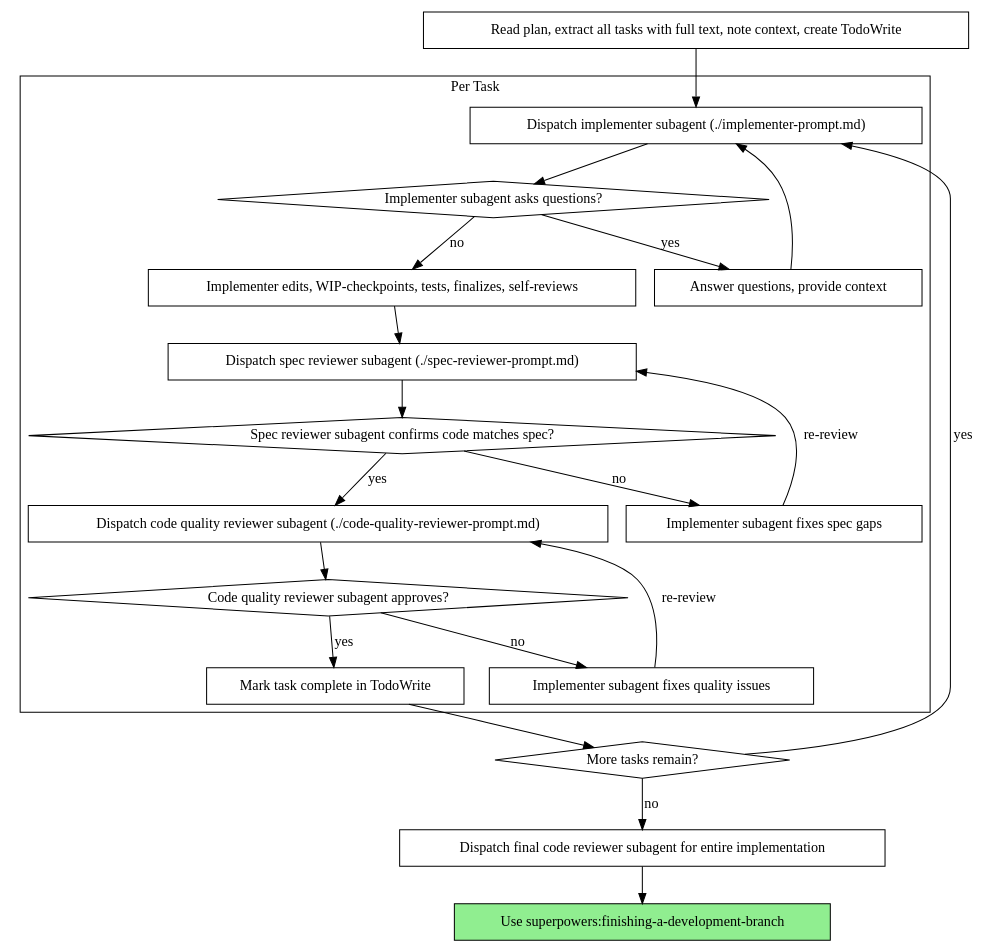
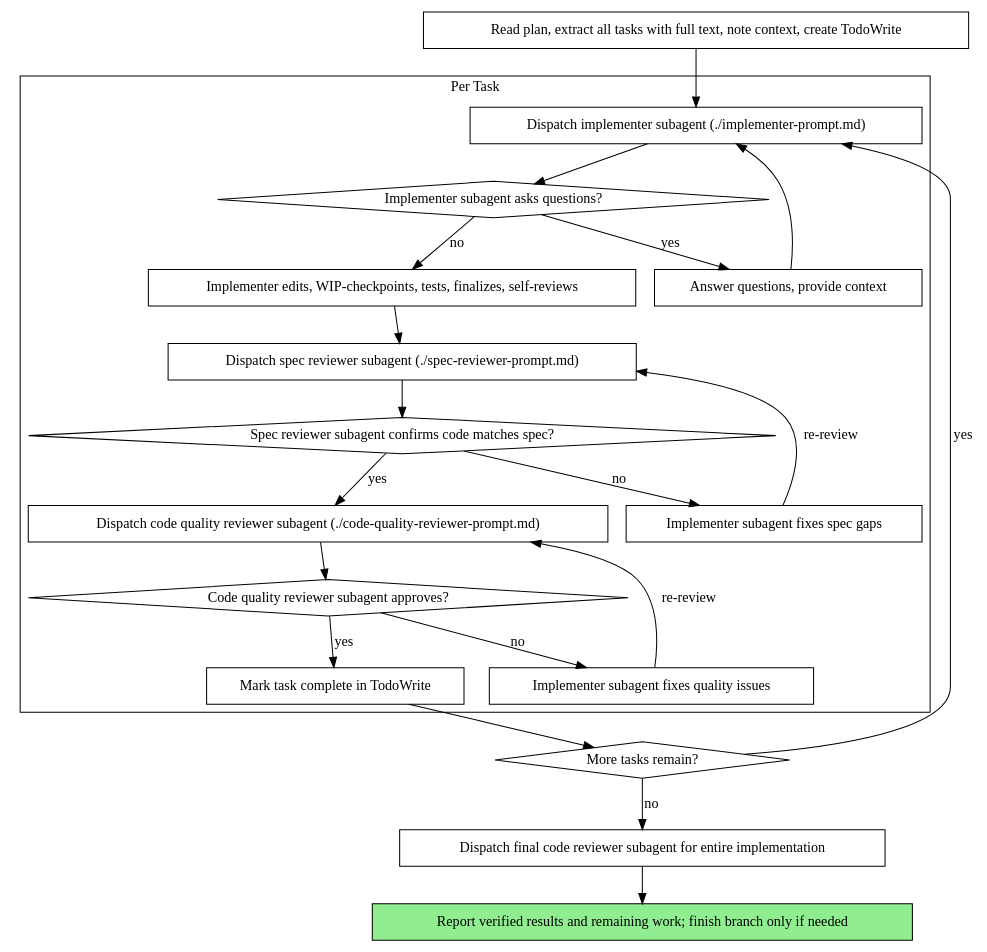
One commit to tarasglek/obra-superpowers-skills changed the second of 2 diagrams in skills/subagent-driven-development/SKILL.md. Above: the diagram before and after it, drawn with Graphviz. The commit also changed other lines of this file and 6 other files, not shown here.

````diff
--- a/skills/subagent-driven-development/SKILL.md
+++ b/skills/subagent-driven-development/SKILL.md
@@ -40,44 +40,44 @@
 ```dot
 digraph process {
     rankdir=TB;
 
     subgraph cluster_per_task {
         label="Per Task";
         "Dispatch implementer subagent (./implementer-prompt.md)" [shape=box];
         "Implementer subagent asks questions?" [shape=diamond];
         "Answer questions, provide context" [shape=box];
         "Implementer edits, WIP-checkpoints, tests, finalizes, self-reviews" [shape=box];
         "Dispatch spec reviewer subagent (./spec-reviewer-prompt.md)" [shape=box];
         "Spec reviewer subagent confirms code matches spec?" [shape=diamond];
         "Implementer subagent fixes spec gaps" [shape=box];
         "Dispatch code quality reviewer subagent (./code-quality-reviewer-prompt.md)" [shape=box];
         "Code quality reviewer subagent approves?" [shape=diamond];
         "Implementer subagent fixes quality issues" [shape=box];
         "Mark task complete in TodoWrite" [shape=box];
     }
 
     "Read plan, extract all tasks with full text, note context, create TodoWrite" [shape=box];
     "More tasks remain?" [shape=diamond];
     "Dispatch final code reviewer subagent for entire implementation" [shape=box];
-    "Use superpowers:finishing-a-development-branch" [shape=box style=filled fillcolor=lightgreen];
+    "Report verified results and remaining work; finish branch only if needed" [shape=box style=filled fillcolor=lightgreen];
 
     "Read plan, extract all tasks with full text, note context, create TodoWrite" -> "Dispatch implementer subagent (./implementer-prompt.md)";
     "Dispatch implementer subagent (./implementer-prompt.md)" -> "Implementer subagent asks questions?";
     "Implementer subagent asks questions?" -> "Answer questions, provide context" [label="yes"];
     "Answer questions, provide context" -> "Dispatch implementer subagent (./implementer-prompt.md)";
     "Implementer subagent asks questions?" -> "Implementer edits, WIP-checkpoints, tests, finalizes, self-reviews" [label="no"];
     "Implementer edits, WIP-checkpoints, tests, finalizes, self-reviews" -> "Dispatch spec reviewer subagent (./spec-reviewer-prompt.md)";
     "Dispatch spec reviewer subagent (./spec-reviewer-prompt.md)" -> "Spec reviewer subagent confirms code matches spec?";
     "Spec reviewer subagent confirms code matches spec?" -> "Implementer subagent fixes spec gaps" [label="no"];
     "Implementer subagent fixes spec gaps" -> "Dispatch spec reviewer subagent (./spec-reviewer-prompt.md)" [label="re-review"];
     "Spec reviewer subagent confirms code matches spec?" -> "Dispatch code quality reviewer subagent (./code-quality-reviewer-prompt.md)" [label="yes"];
     "Dispatch code quality reviewer subagent (./code-quality-reviewer-prompt.md)" -> "Code quality reviewer subagent approves?";
     "Code quality reviewer subagent approves?" -> "Implementer subagent fixes quality issues" [label="no"];
     "Implementer subagent fixes quality issues" -> "Dispatch code quality reviewer subagent (./code-quality-reviewer-prompt.md)" [label="re-review"];
     "Code quality reviewer subagent approves?" -> "Mark task complete in TodoWrite" [label="yes"];
     "Mark task complete in TodoWrite" -> "More tasks remain?";
     "More tasks remain?" -> "Dispatch implementer subagent (./implementer-prompt.md)" [label="yes"];
     "More tasks remain?" -> "Dispatch final code reviewer subagent for entire implementation" [label="no"];
-    "Dispatch final code reviewer subagent for entire implementation" -> "Use superpowers:finishing-a-development-branch";
+    "Dispatch final code reviewer subagent for entire implementation" -> "Report verified results and remaining work; finish branch only if needed";
 }
 ```
````
